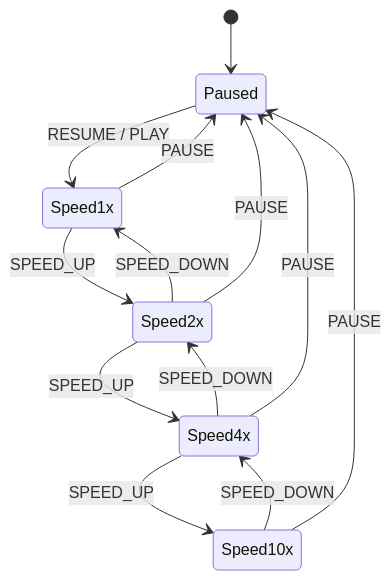
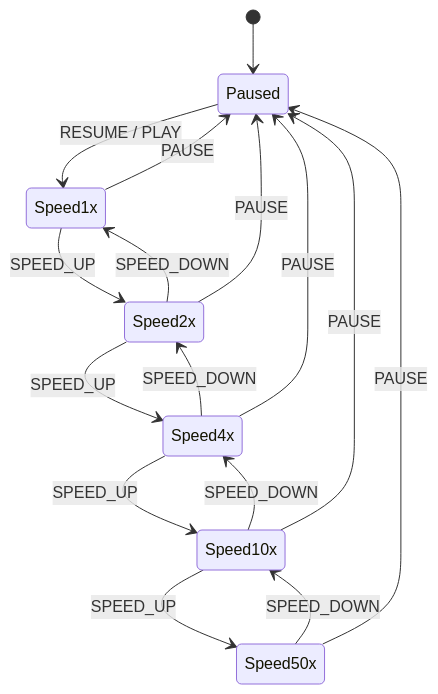
Before and after one commit to mikepeiman/pax-fluxia: the second of 4 diagrams in .atlas/03_EVENT_MATRIX.md, drawn with Mermaid. The commit also changed other lines of this file and 2 other files, not shown here.

````diff
--- a/.atlas/03_EVENT_MATRIX.md
+++ b/.atlas/03_EVENT_MATRIX.md
@@ -32,20 +35,24 @@
 ```mermaid
 stateDiagram-v2
     [*] --> Paused
-    
+
     Paused --> Speed1x : RESUME / PLAY
-    
+
     Speed1x --> Paused : PAUSE
     Speed1x --> Speed2x : SPEED_UP
-    
+
     Speed2x --> Speed1x : SPEED_DOWN
     Speed2x --> Speed4x : SPEED_UP
     Speed2x --> Paused : PAUSE
-    
+
     Speed4x --> Speed2x : SPEED_DOWN
     Speed4x --> Speed10x : SPEED_UP
     Speed4x --> Paused : PAUSE
-    
+
     Speed10x --> Speed4x : SPEED_DOWN
+    Speed10x --> Speed50x : SPEED_UP
     Speed10x --> Paused : PAUSE
+
+    Speed50x --> Speed10x : SPEED_DOWN
+    Speed50x --> Paused : PAUSE
 ```
````
